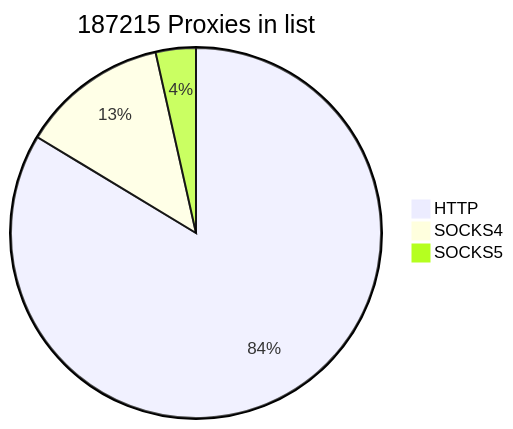
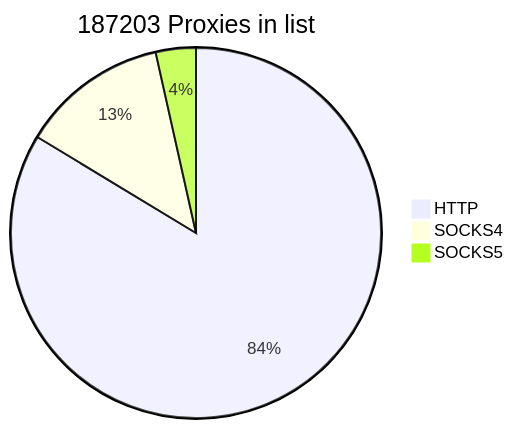
Before and after one commit to cutipu/proxylist: the first of 2 diagrams in README.md, drawn with Mermaid. The commit also changed other lines of this file, not shown here.

````diff
--- a/README.md
+++ b/README.md
@@ -2,7 +2,7 @@
 ```mermaid
-pie title 187215 Proxies in list
-    "HTTP" : 156616
-    "SOCKS4" : 24037
-    "SOCKS5" : 6562
+pie title 187203 Proxies in list
+    "HTTP" : 156614
+    "SOCKS4" : 24035
+    "SOCKS5" : 6554
             
 ```
````
